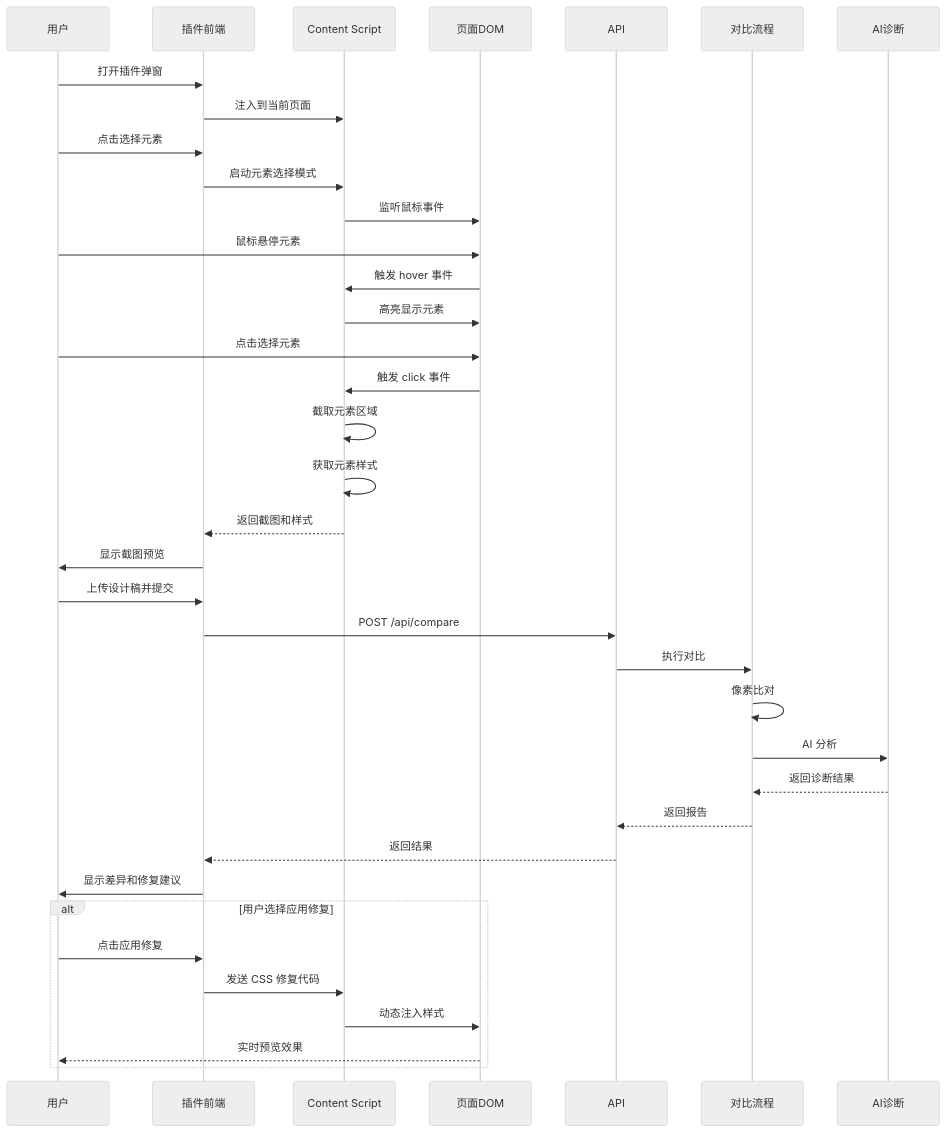
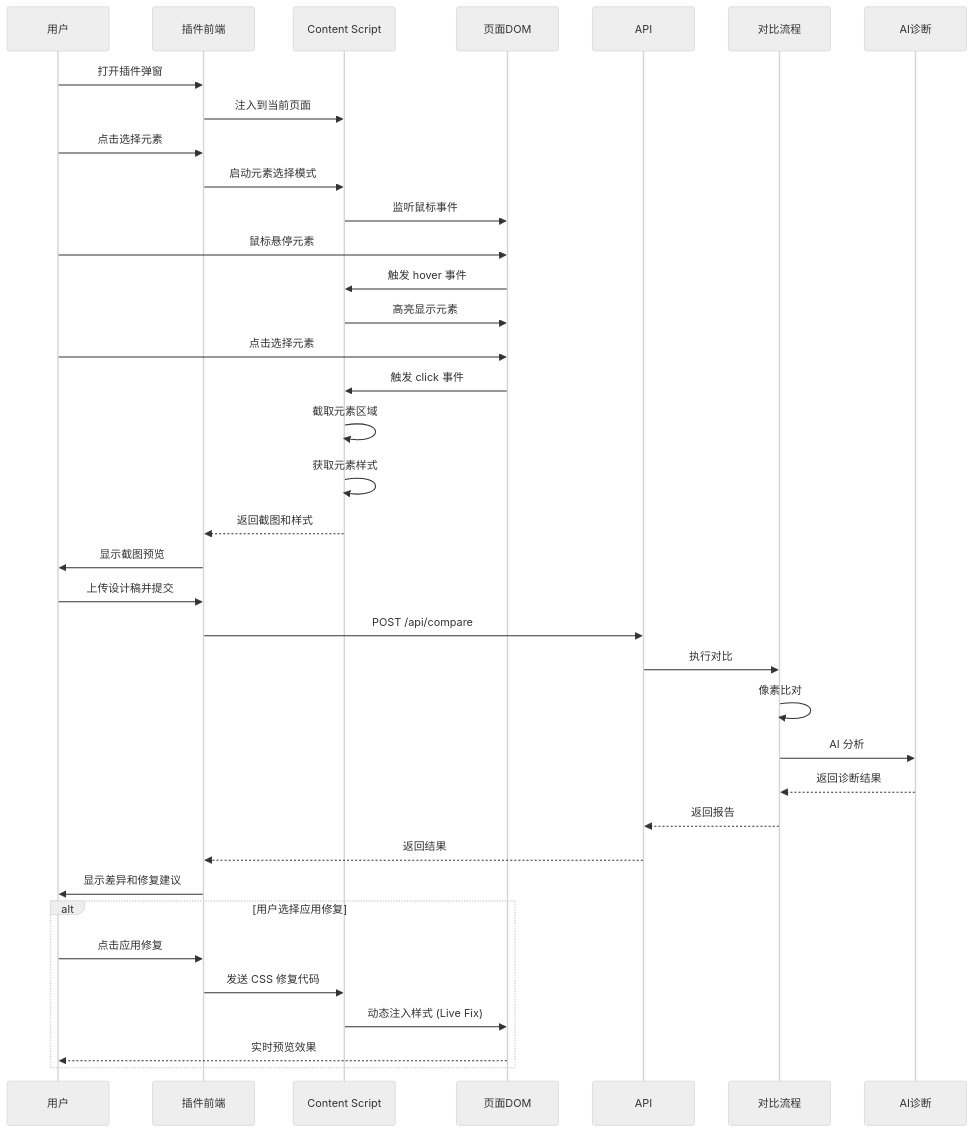
One commit to liyongshun1018/UI-Eye changed the fourth of 4 diagrams in docs/项目架构文档.md. Above: the diagram before and after it, drawn with Mermaid (neutral theme). The commit also changed other lines of this file and 3 other files, not shown here.

````diff
--- a/docs/项目架构文档.md
+++ b/docs/项目架构文档.md
@@ -204,49 +207,49 @@
 ```mermaid
 sequenceDiagram
     participant 用户
     participant 插件前端
     participant Content Script
     participant 页面DOM
     participant API
     participant 对比流程
     participant AI诊断
 
     用户->>插件前端: 打开插件弹窗
     插件前端->>Content Script: 注入到当前页面
     
     用户->>插件前端: 点击选择元素
     插件前端->>Content Script: 启动元素选择模式
     Content Script->>页面DOM: 监听鼠标事件
     
     用户->>页面DOM: 鼠标悬停元素
     页面DOM->>Content Script: 触发 hover 事件
     Content Script->>页面DOM: 高亮显示元素
     
     用户->>页面DOM: 点击选择元素
     页面DOM->>Content Script: 触发 click 事件
     Content Script->>Content Script: 截取元素区域
     Content Script->>Content Script: 获取元素样式
     Content Script-->>插件前端: 返回截图和样式
     
     插件前端->>用户: 显示截图预览
     
     用户->>插件前端: 上传设计稿并提交
     插件前端->>API: POST /api/compare
     API->>对比流程: 执行对比
     
     对比流程->>对比流程: 像素比对
     对比流程->>AI诊断: AI 分析
     AI诊断-->>对比流程: 返回诊断结果
     
     对比流程-->>API: 返回报告
     API-->>插件前端: 返回结果
     
     插件前端->>用户: 显示差异和修复建议
     
     alt 用户选择应用修复
         用户->>插件前端: 点击应用修复
         插件前端->>Content Script: 发送 CSS 修复代码
-        Content Script->>页面DOM: 动态注入样式
+        Content Script->>页面DOM: 动态注入样式 (Live Fix)
         页面DOM-->>用户: 实时预览效果
     end
 ```
````
